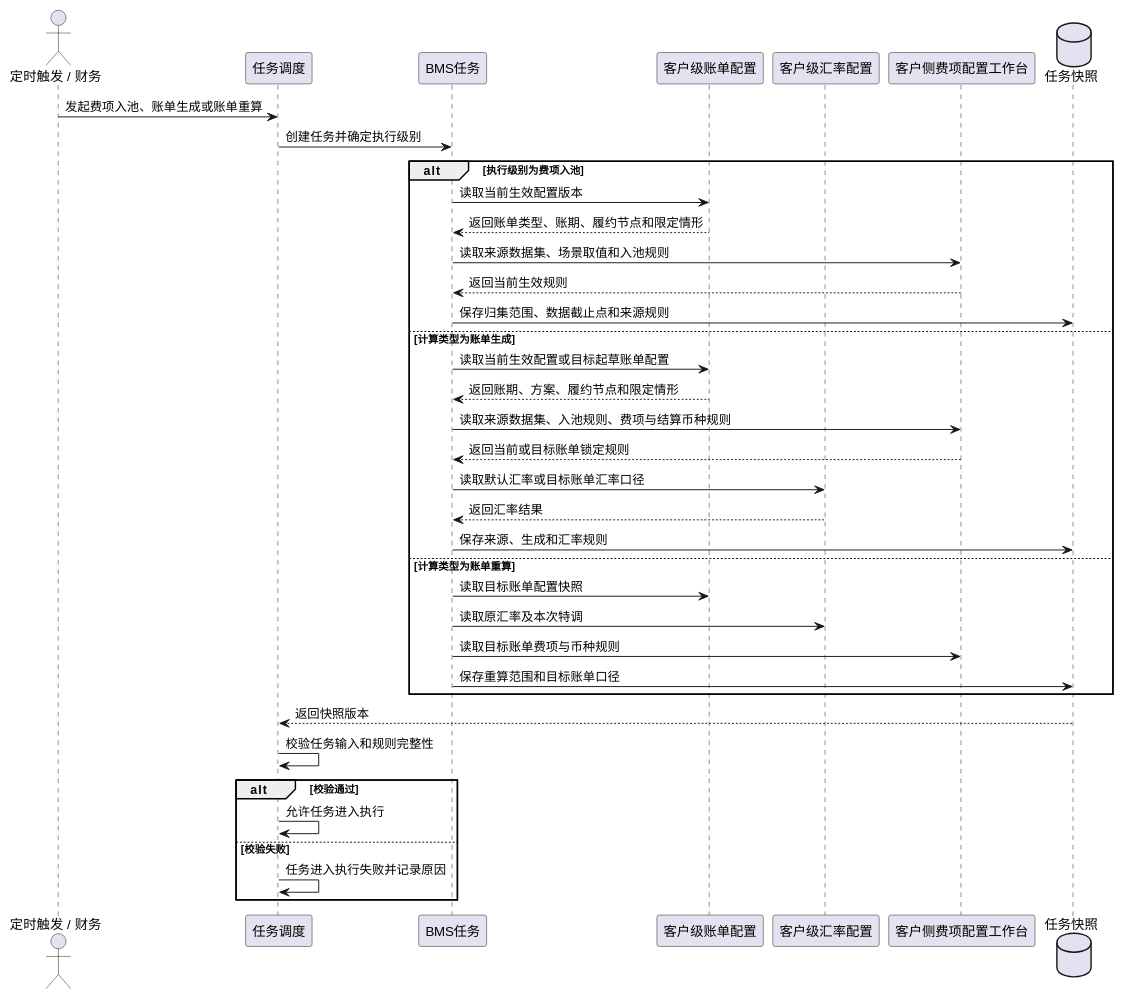
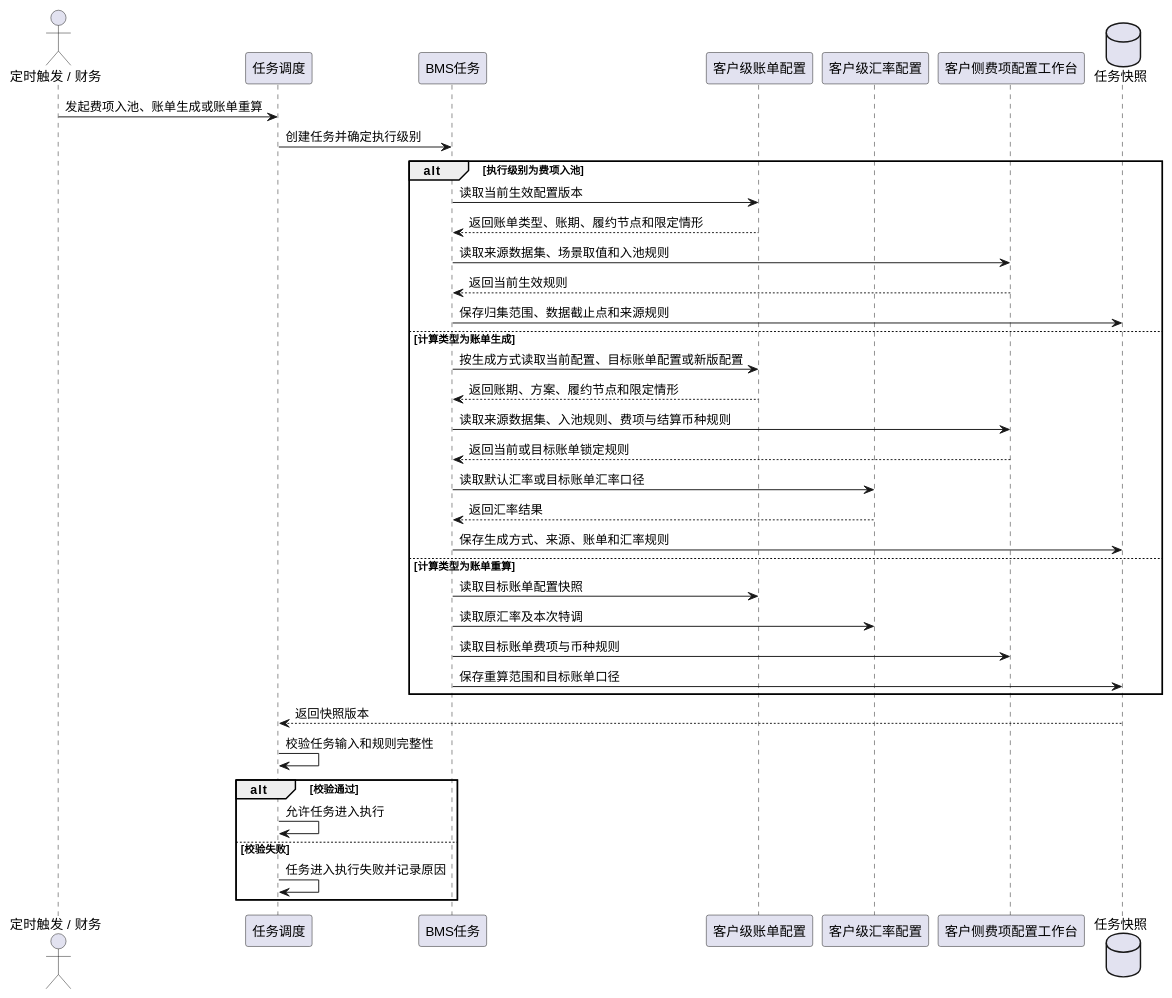
The sixth of 19 diagrams in product-caliber/bms/prd/账单系统.PRD.md (jack888332/projects-doc), drawn with PlantUML before and after one commit. The commit also changed other lines of this file, not shown here.

````diff
--- a/product-caliber/bms/prd/账单系统.PRD.md
+++ b/product-caliber/bms/prd/账单系统.PRD.md
@@ -1123,43 +1128,43 @@
 ```plantuml
 @startuml
 
 actor "定时触发 / 财务" as Trigger
 participant "任务调度" as Scheduler
 participant "BMS任务" as Task
 participant "客户级账单配置" as BillingConfig
 participant "客户级汇率配置" as RateConfig
 participant "客户侧费项配置工作台" as FeeConfig
 database "任务快照" as Snapshot
 
 Trigger -> Scheduler : 发起费项入池、账单生成或账单重算
 Scheduler -> Task : 创建任务并确定执行级别
 alt 执行级别为费项入池
   Task -> BillingConfig : 读取当前生效配置版本
   BillingConfig --> Task : 返回账单类型、账期、履约节点和限定情形
   Task -> FeeConfig : 读取来源数据集、场景取值和入池规则
   FeeConfig --> Task : 返回当前生效规则
   Task -> Snapshot : 保存归集范围、数据截止点和来源规则
 else 计算类型为账单生成
-  Task -> BillingConfig : 读取当前生效配置或目标起草账单配置
+  Task -> BillingConfig : 按生成方式读取当前配置、目标账单配置或新版配置
   BillingConfig --> Task : 返回账期、方案、履约节点和限定情形
   Task -> FeeConfig : 读取来源数据集、入池规则、费项与结算币种规则
   FeeConfig --> Task : 返回当前或目标账单锁定规则
   Task -> RateConfig : 读取默认汇率或目标账单汇率口径
   RateConfig --> Task : 返回汇率结果
-  Task -> Snapshot : 保存来源、生成和汇率规则
+  Task -> Snapshot : 保存生成方式、来源、账单和汇率规则
 else 计算类型为账单重算
   Task -> BillingConfig : 读取目标账单配置快照
   Task -> RateConfig : 读取原汇率及本次特调
   Task -> FeeConfig : 读取目标账单费项与币种规则
   Task -> Snapshot : 保存重算范围和目标账单口径
 end
 
 Snapshot --> Scheduler : 返回快照版本
 Scheduler -> Scheduler : 校验任务输入和规则完整性
 alt 校验通过
   Scheduler -> Scheduler : 允许任务进入执行
 else 校验失败
   Scheduler -> Scheduler : 任务进入执行失败并记录原因
 end
 @enduml
 ```
````
